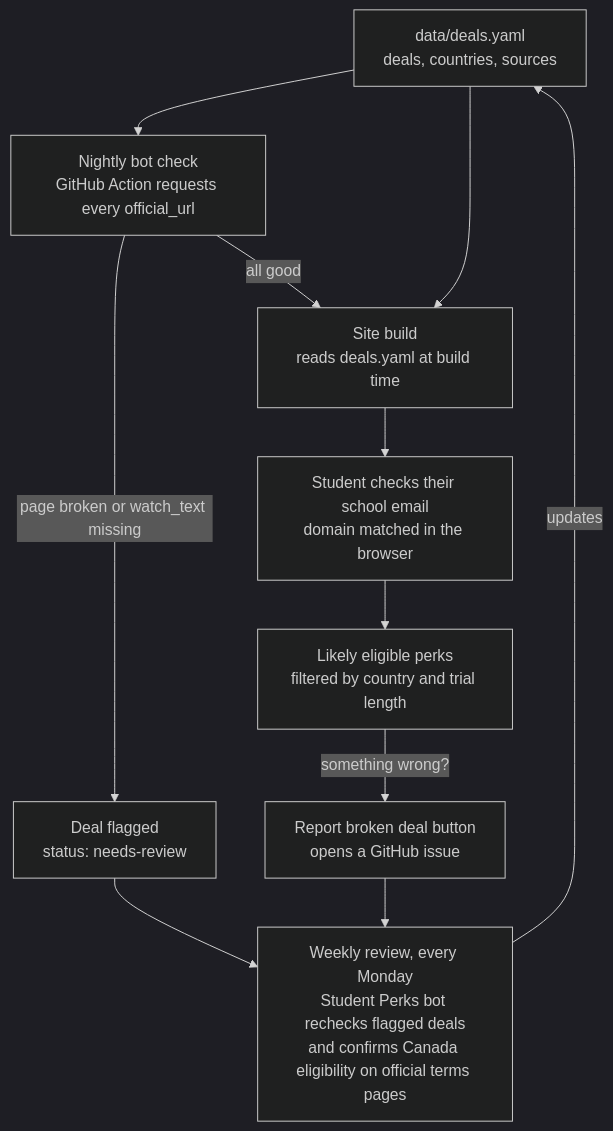
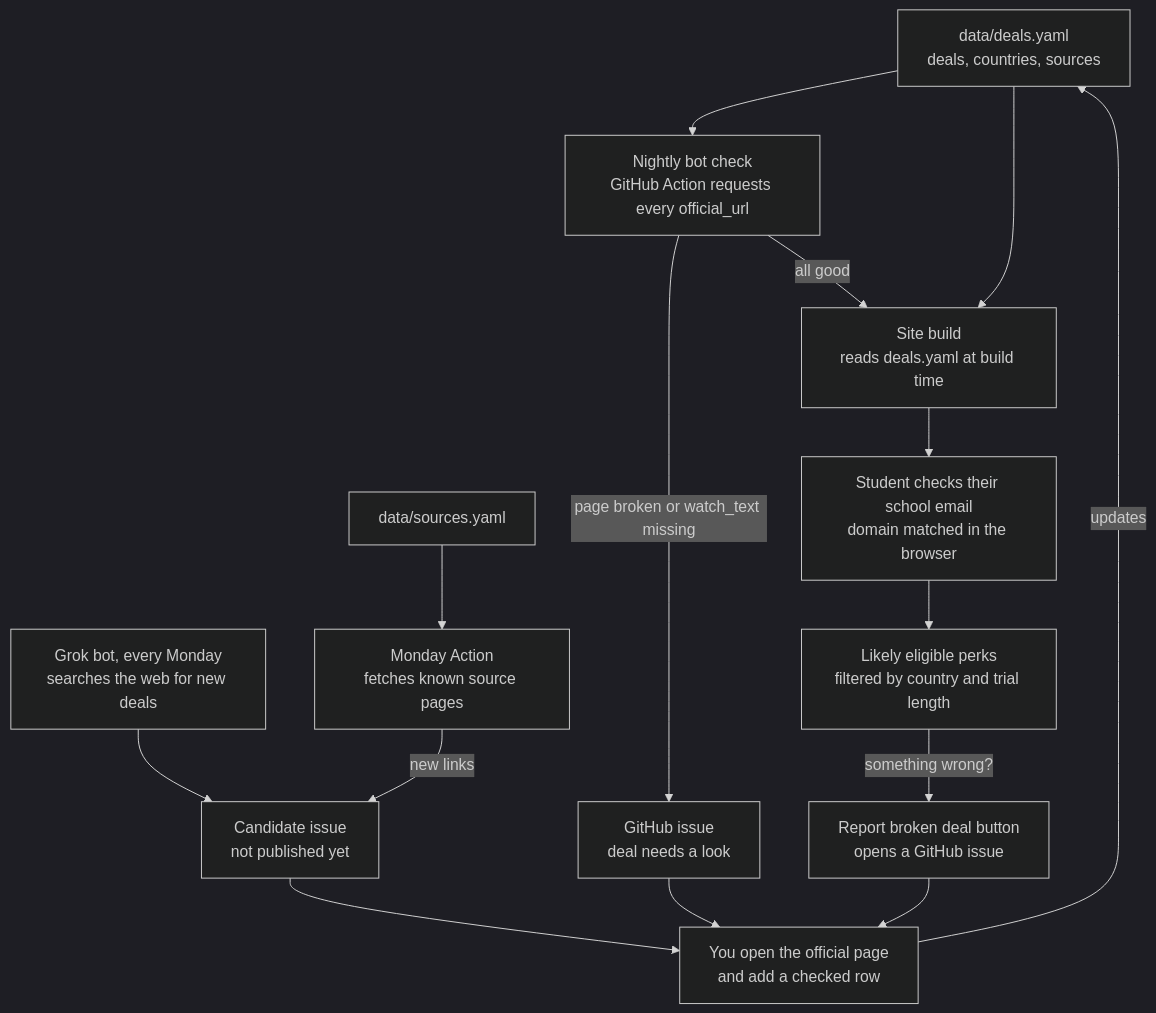
One commit to AyaanRathod/verified-student-perks changed the diagram in README.md. Above: the diagram before and after it, drawn with Mermaid (dark theme). The commit also changed other lines of this file and 18 other files, not shown here.

````diff
--- a/README.md
+++ b/README.md
@@ -104,13 +104,17 @@
 ```mermaid
 flowchart TD
     A["data/deals.yaml<br/>deals, countries, sources"] --> B["Nightly bot check<br/>GitHub Action requests every official_url"]
-    B -->|page broken or watch_text missing| C["Deal flagged<br/>status: needs-review"]
-    C --> D["Weekly review, every Monday<br/>Student Perks bot rechecks flagged deals<br/>and confirms Canada eligibility on official terms pages"]
+    B -->|page broken or watch_text missing| C["GitHub issue<br/>deal needs a look"]
+    S["Grok bot, every Monday<br/>searches the web for new deals"] --> I["Candidate issue<br/>not published yet"]
+    W["data/sources.yaml"] --> M["Monday Action<br/>fetches known source pages"]
+    M -->|new links| I
+    I --> D["You open the official page<br/>and add a checked row"]
+    C --> D
     D -->|updates| A
     B -->|all good| E["Site build<br/>reads deals.yaml at build time"]
     A --> E
     E --> F["Student checks their school email<br/>domain matched in the browser"]
     F --> G["Likely eligible perks<br/>filtered by country and trial length"]
     G -->|something wrong?| H["Report broken deal button<br/>opens a GitHub issue"]
     H --> D
 ```
````
